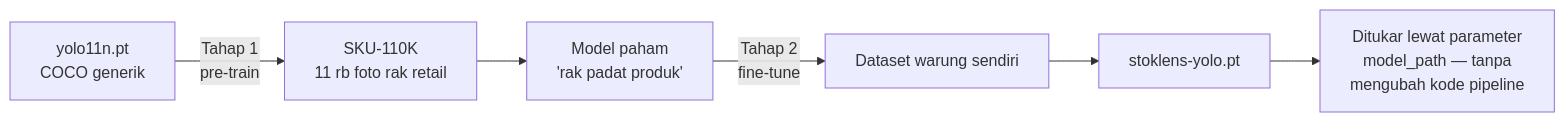
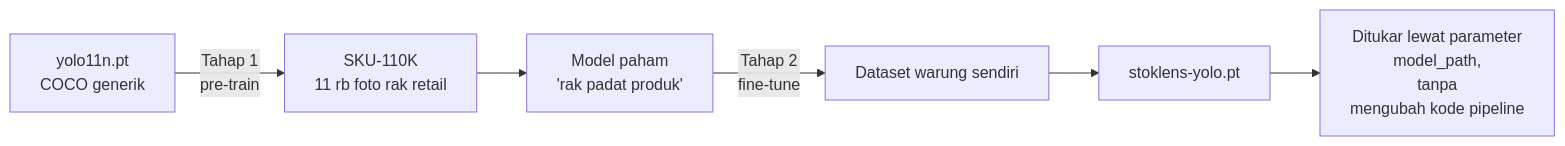
One commit to marshal-rizky/Stocklens changed the ninth of 11 diagrams in docs/proposal/DRAFT-PROPOSAL.md. Above: the diagram before and after it, drawn with Mermaid. The commit also changed other lines of this file and 7 other files, not shown here.

````diff
--- a/docs/proposal/DRAFT-PROPOSAL.md
+++ b/docs/proposal/DRAFT-PROPOSAL.md
@@ -401,8 +399,8 @@
 ```mermaid
 flowchart LR
     M1["yolo11n.pt<br/>COCO generik"] -->|"Tahap 1<br/>pre-train"| M2["SKU-110K<br/>11 rb foto rak retail"]
     M2 --> M3["Model paham<br/>'rak padat produk'"]
     M3 -->|"Tahap 2<br/>fine-tune"| M4["Dataset warung sendiri"]
     M4 --> M5["stoklens-yolo.pt"]
-    M5 --> M6["Ditukar lewat parameter<br/>model_path — tanpa<br/>mengubah kode pipeline"]
+    M5 --> M6["Ditukar lewat parameter<br/>model_path,<br/>tanpa<br/>mengubah kode pipeline"]
 ```
````
